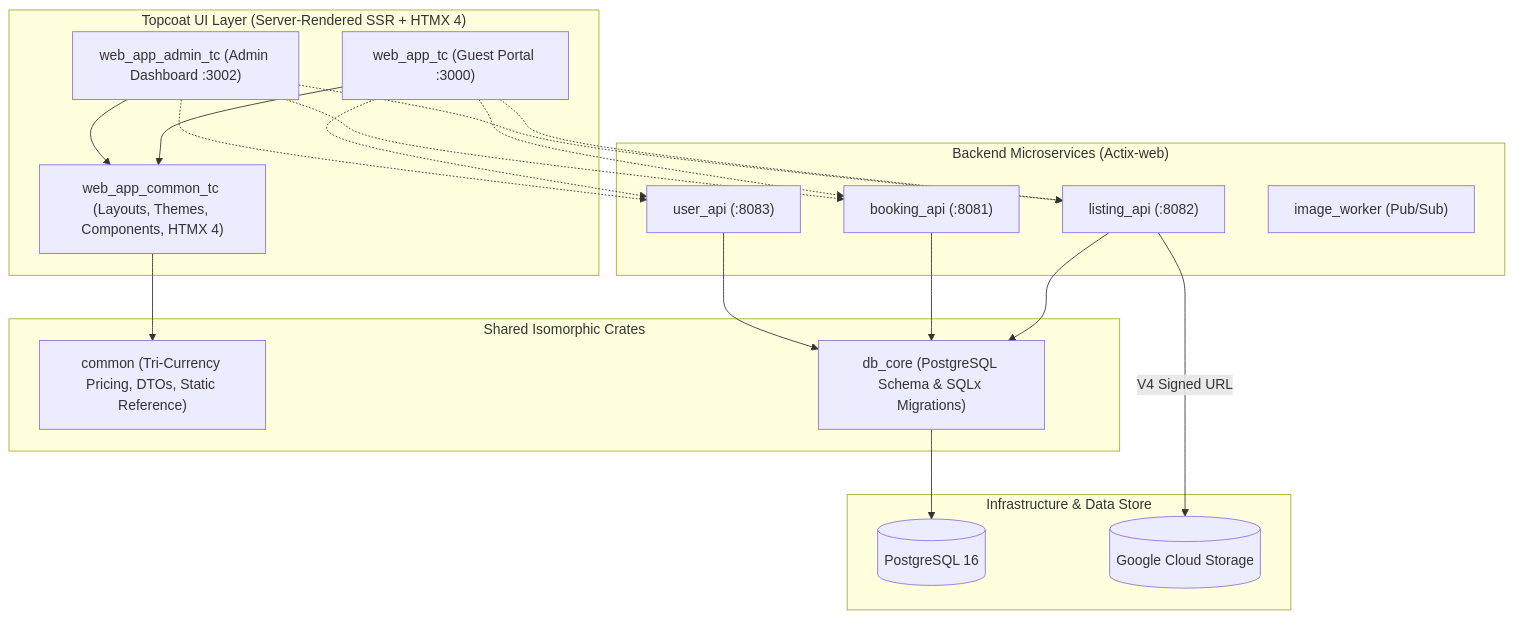
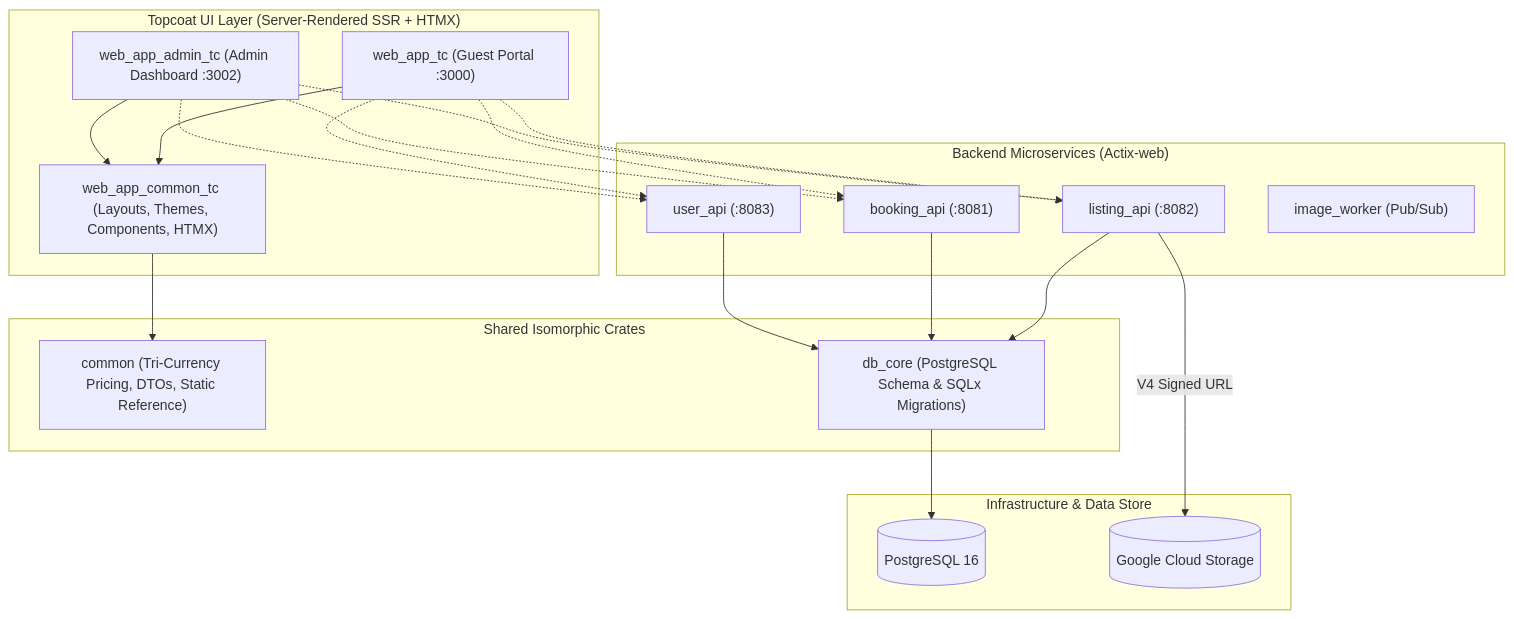
The diagram in docs/specs/spec-80-feat-create-topcoat-ui-projects.md (pavelbyles/our_places_rs), drawn with Mermaid before and after one commit. The commit also changed other lines of this file and 39 other files, not shown here.

Commit message:
feat: implement Topcoat UI architecture, including shared components and new admin dashboard portal

````diff
--- a/docs/specs/spec-80-feat-create-topcoat-ui-projects.md
+++ b/docs/specs/spec-80-feat-create-topcoat-ui-projects.md
@@ -18,37 +16,37 @@
 ```mermaid
 flowchart TB
-    subgraph s1["Topcoat UI Layer (Server-Rendered SSR + HTMX 4)"]
+    subgraph s1["Topcoat UI Layer (Server-Rendered SSR + HTMX)"]
         WTC["web_app_tc (Guest Portal :3000)"]
         WATC["web_app_admin_tc (Admin Dashboard :3002)"]
-        WCTC["web_app_common_tc (Layouts, Themes, Components, HTMX 4)"]
+        WCTC["web_app_common_tc (Layouts, Themes, Components, HTMX)"]
     end
     subgraph s2["Shared Isomorphic Crates"]
         COM["common (Tri-Currency Pricing, DTOs, Static Reference)"]
         DBC["db_core (PostgreSQL Schema & SQLx Migrations)"]
     end
     subgraph s3["Backend Microservices (Actix-web)"]
         LA["listing_api (:8082)"]
         BA["booking_api (:8081)"]
         UA["user_api (:8083)"]
         IW["image_worker (Pub/Sub)"]
     end
     subgraph s4["Infrastructure & Data Store"]
         PG[("PostgreSQL 16")]
         GCS[("Google Cloud Storage")]
     end
 
     WTC --> WCTC
     WATC --> WCTC
     WCTC --> COM
     WTC -.-> LA
     WTC -.-> BA
     WTC -.-> UA
     WATC -.-> LA
     WATC -.-> BA
     WATC -.-> UA
     LA --> DBC
     BA --> DBC
     UA --> DBC
     DBC --> PG
     LA -- V4 Signed URL --> GCS
 ```
````
